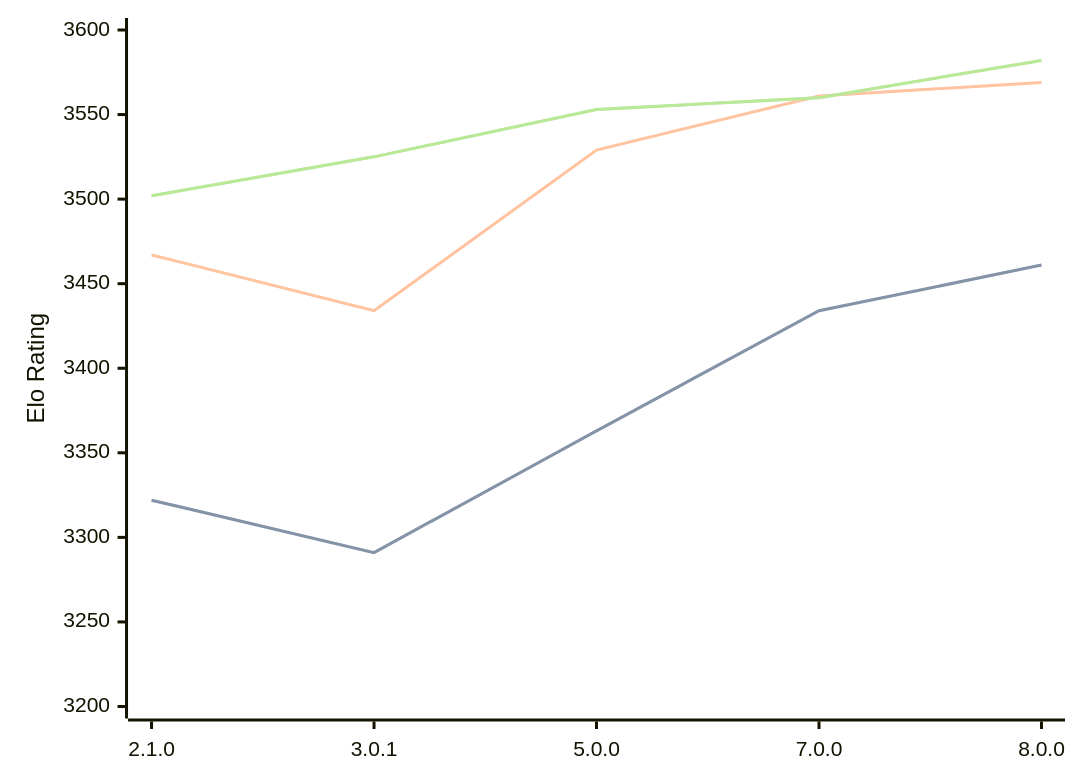
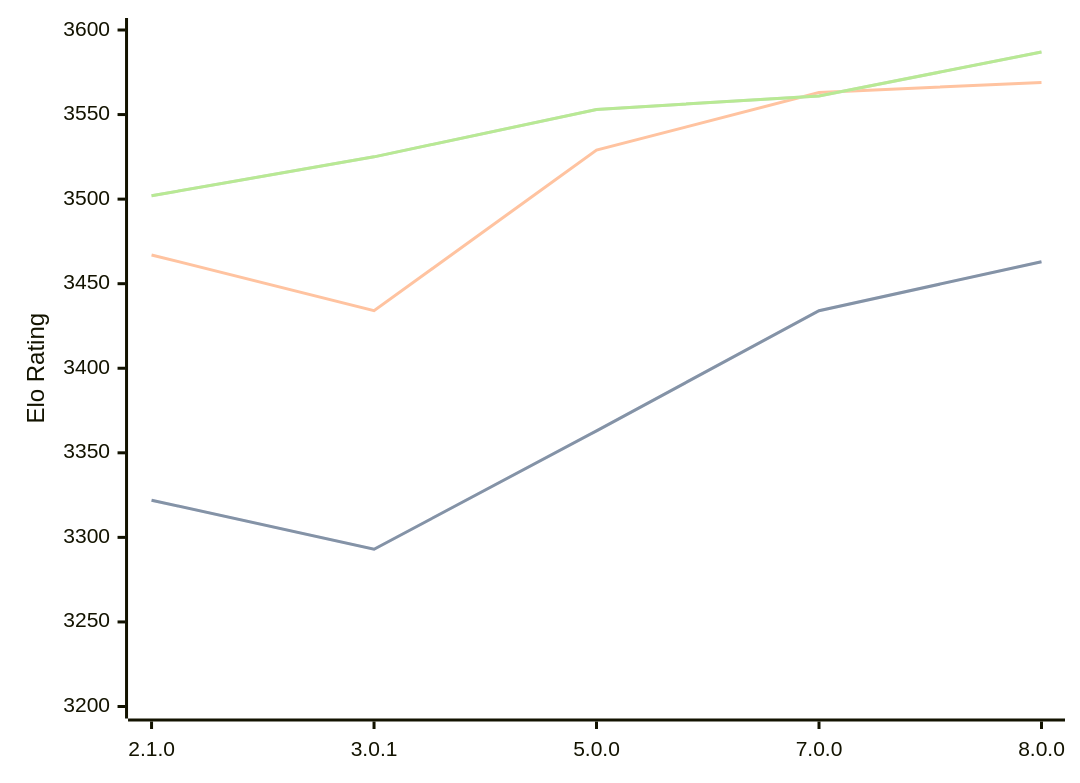
One commit to computer-chess-index/cci changed the diagram in engines/PlentyChess.md. Above: the diagram before and after it, drawn with Mermaid. The commit also changed other lines of this file, not shown here.

Commit message:
Update CCI Ratings (ELO VLTC) - 2026-08-24

````diff
--- a/engines/PlentyChess.md
+++ b/engines/PlentyChess.md
@@ -37,11 +37,11 @@
 ```mermaid
 %%{init: {"theme":"base","themeVariables":{"seriesColors:['#a3a3a3','#222221','#faa371']}}}%%
 xychart-beta
   x-axis ["2.1.0", "3.0.1", "5.0.0", "7.0.0", "8.0.0"]
   y-axis "Elo Rating" 3200 --> 3600
-  line "STC (8.0+0.08s)" [3322, 3291, 3363, 3434, 3461]
-  line "STC (8.0+0.08s)" [3322, 3291, 3363, 3434, 3461]
-  line "LTC (60.0+0.60s)" [3467, 3434, 3529, 3561, 3569]
-  line "VLTC (2m24s+1.12s)" [3502, 3525, 3553, 3560, 3582]
-  line "VLTC (2m24s+1.12s)" [3502, 3525, 3553, 3560, 3582]
+  line "STC (8.0+0.08s)" [3322, 3293, 3363, 3434, 3463]
+  line "STC (8.0+0.08s)" [3322, 3293, 3363, 3434, 3463]
+  line "LTC (60.0+0.60s)" [3467, 3434, 3529, 3563, 3569]
+  line "VLTC (2m24s+1.12s)" [3502, 3525, 3553, 3561, 3587]
+  line "VLTC (2m24s+1.12s)" [3502, 3525, 3553, 3561, 3587]
 ```
````
